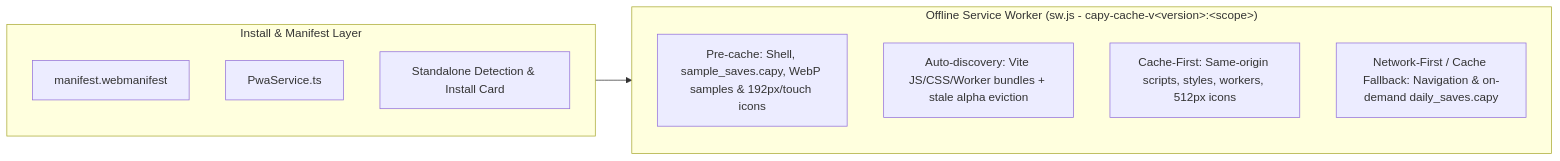
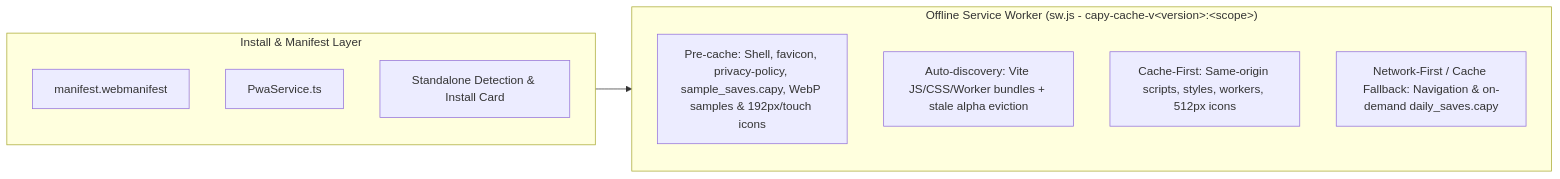
Before and after one commit to shthed/capy: the third of 3 diagrams in WEB.md, drawn with Mermaid. The commit also changed other lines of this file and 14 other files, not shown here.

Commit message:
docs: sync player, store, and technical architecture docs with v3.1.3

````diff
--- a/WEB.md
+++ b/WEB.md
@@ -429,15 +414,15 @@
 ```mermaid
 flowchart LR
   subgraph ManifestLayer["Install & Manifest Layer"]
     M["manifest.webmanifest"]
     P["PwaService.ts"]
     S["Standalone Detection & Install Card"]
   end
   subgraph ServiceWorker["Offline Service Worker (sw.js - capy-cache-v&lt;version&gt;:&lt;scope&gt;)"]
-    Pre["Pre-cache: Shell, sample_saves.capy, WebP samples & 192px/touch icons"]
+    Pre["Pre-cache: Shell, favicon, privacy-policy, sample_saves.capy, WebP samples & 192px/touch icons"]
     Auto["Auto-discovery: Vite JS/CSS/Worker bundles + stale alpha eviction"]
     Static["Cache-First: Same-origin scripts, styles, workers, 512px icons"]
     Doc["Network-First / Cache Fallback: Navigation & on-demand daily_saves.capy"]
   end
   ManifestLayer --> ServiceWorker
 ```
````
